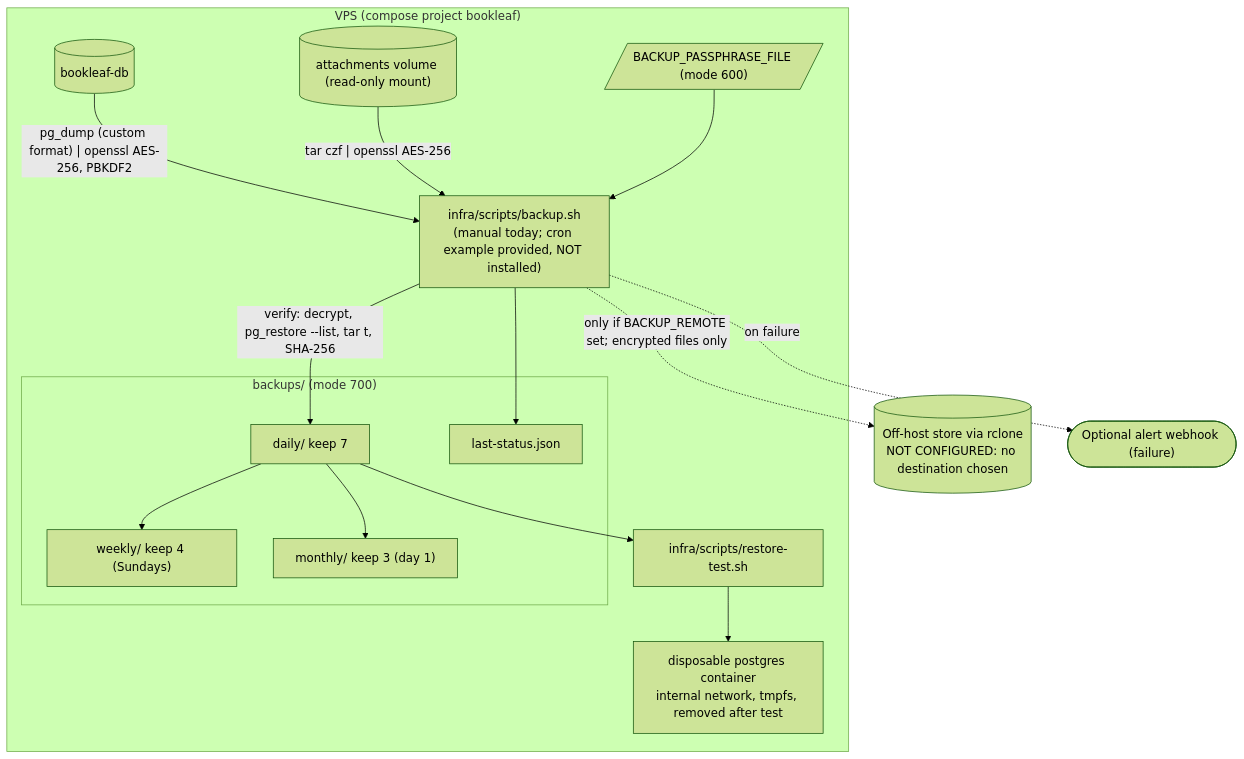
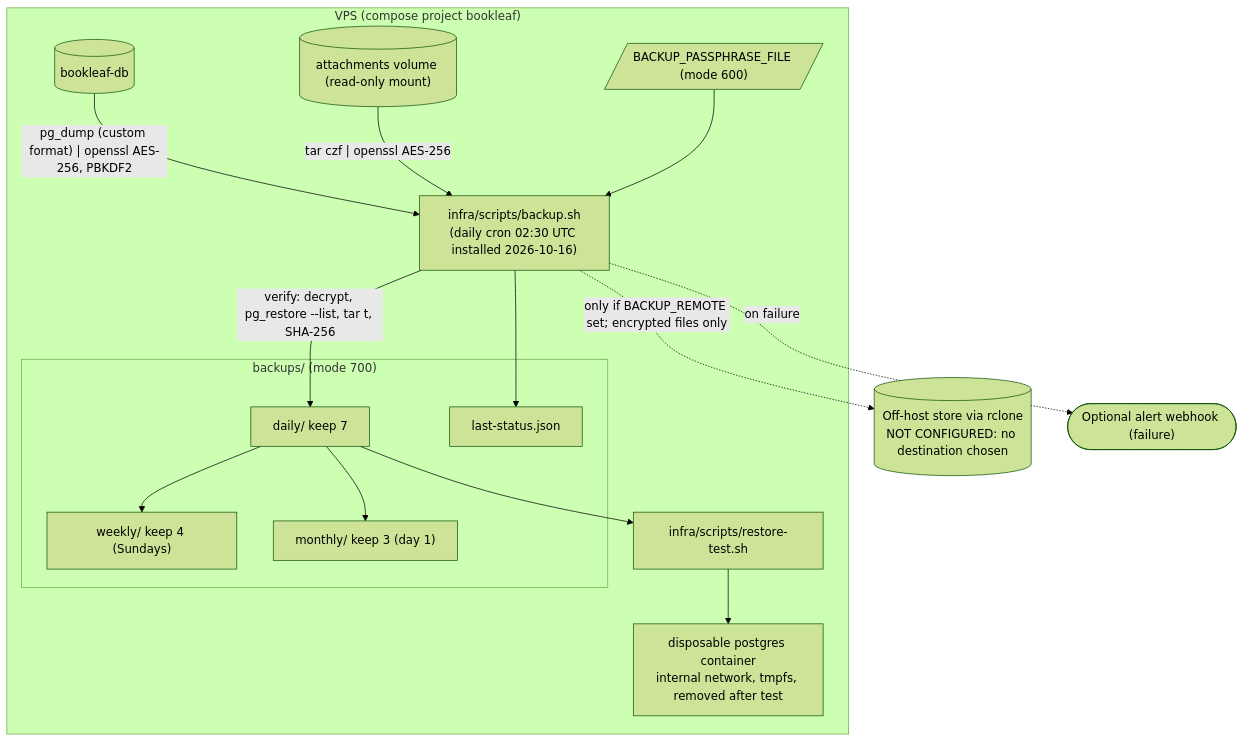
The diagram in docs/architecture/diagrams/backup-architecture.mmd (singhdaksh7/book-leaf__assignment-1), drawn with Mermaid (forest theme) before and after one commit. The commit also changed 24 other files, not shown here.

```diff
--- a/docs/architecture/diagrams/backup-architecture.mmd
+++ b/docs/architecture/diagrams/backup-architecture.mmd
@@ -1,28 +1,28 @@
 %% file: backup-architecture.mmd
 flowchart TB
     subgraph HOST["VPS (compose project bookleaf)"]
         DB[("bookleaf-db")]
         VOL[("attachments volume (read-only mount)")]
-        SCR["infra/scripts/backup.sh<br/>(manual today; cron example provided, NOT installed)"]
+        SCR["infra/scripts/backup.sh<br/>(daily cron 02:30 UTC installed 2026-10-16)"]
         PASS[/"BACKUP_PASSPHRASE_FILE (mode 600)"/]
         subgraph STORE["backups/ (mode 700)"]
             DAILY["daily/ keep 7"]
             WEEKLY["weekly/ keep 4 (Sundays)"]
             MONTHLY["monthly/ keep 3 (day 1)"]
             STATUS["last-status.json"]
         end
         RT["infra/scripts/restore-test.sh"]
         TMP["disposable postgres container<br/>internal network, tmpfs, removed after test"]
     end
     OFF[("Off-host store via rclone<br/>NOT CONFIGURED: no destination chosen")]
     HOOK(["Optional alert webhook (failure)"])
     DB -- "pg_dump (custom format) | openssl AES-256, PBKDF2" --> SCR
     VOL -- "tar czf | openssl AES-256" --> SCR
     PASS --> SCR
     SCR -- "verify: decrypt, pg_restore --list, tar t, SHA-256" --> DAILY
     DAILY --> WEEKLY
     DAILY --> MONTHLY
     SCR --> STATUS
     SCR -. "only if BACKUP_REMOTE set; encrypted files only" .-> OFF
     SCR -. "on failure" .-> HOOK
     DAILY --> RT --> TMP
```
